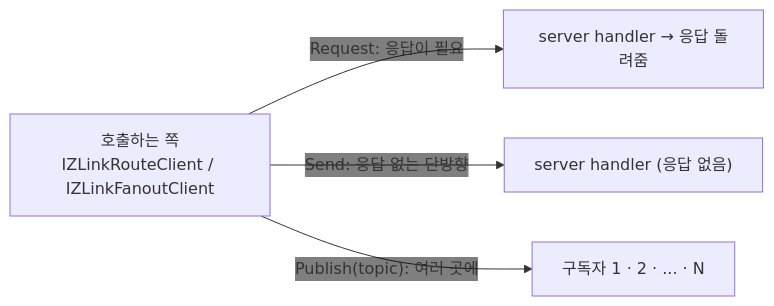
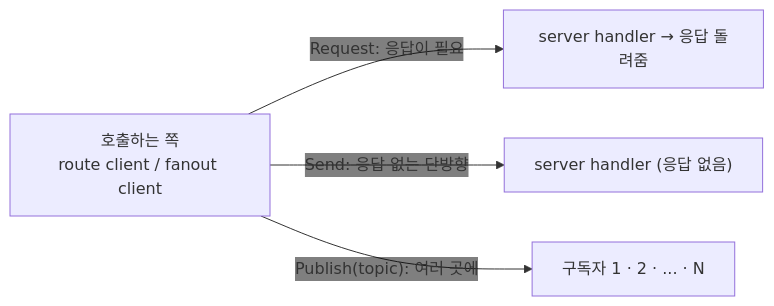
The first of 8 diagrams in framework/doc/framework/common/guide/server/05-channel-messaging.ko.md (kairos-code-dev/zlink), drawn with Mermaid before and after one commit. The commit also changed other lines of this file and 18 other files, not shown here.

````diff
--- a/framework/doc/framework/common/guide/server/05-channel-messaging.ko.md
+++ b/framework/doc/framework/common/guide/server/05-channel-messaging.ko.md
@@ -19,8 +19,8 @@
 ```mermaid
 %%{init: {'themeVariables': {'edgeLabelBackground':'transparent'}}}%%
 flowchart LR
-  CL["호출하는 쪽<br/>IZLinkRouteClient / IZLinkFanoutClient"]
+  CL["호출하는 쪽<br/>route client / fanout client"]
   CL -->|"Request: 응답이 필요"| H1["server handler → 응답 돌려줌"]
   CL -->|"Send: 응답 없는 단방향"| H2["server handler (응답 없음)"]
   CL -->|"Publish(topic): 여러 곳에"| SUB["구독자 1 · 2 · ... · N"]
 ```
````
